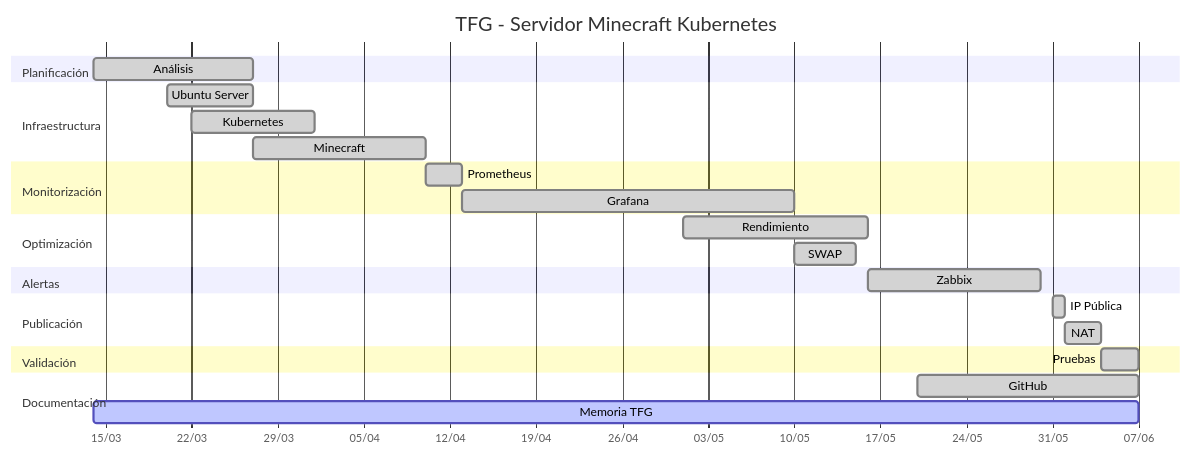
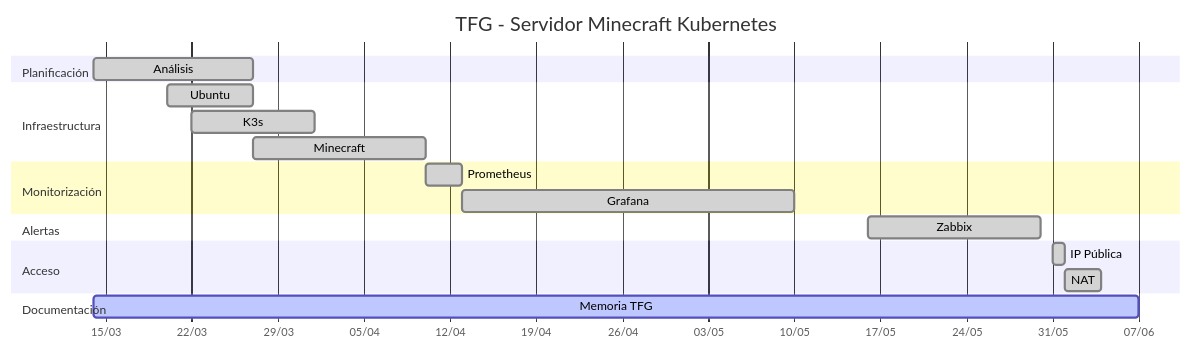
The diagram in diagrama gantt.md (pabnaviva/minecraft), drawn with Mermaid before and after one commit.

Commit message:
Update diagrama gantt.md

````diff
--- a/diagrama gantt.md
+++ b/diagrama gantt.md
@@ -1,36 +1,28 @@
 ```mermaid
 gantt
     title TFG - Servidor Minecraft Kubernetes
     dateFormat YYYY-MM-DD
     axisFormat %d/%m
 
     section Planificación
-    Análisis           :done, 2026-03-14, 13d
+    Análisis       :done, 2026-03-14, 13d
 
     section Infraestructura
-    Ubuntu Server      :done, 2026-03-20, 7d
-    Kubernetes         :done, 2026-03-22, 10d
-    Minecraft          :done, 2026-03-27, 14d
+    Ubuntu         :done, 2026-03-20, 7d
+    K3s            :done, 2026-03-22, 10d
+    Minecraft      :done, 2026-03-27, 14d
 
     section Monitorización
-    Prometheus         :done, 2026-04-10, 3d
-    Grafana            :done, 2026-04-13, 27d
-
-    section Optimización
-    Rendimiento        :done, 2026-05-01, 15d
-    SWAP               :done, 2026-05-10, 5d
+    Prometheus     :done, 2026-04-10, 3d
+    Grafana        :done, 2026-04-13, 27d
 
     section Alertas
-    Zabbix             :done, 2026-05-16, 14d
+    Zabbix         :done, 2026-05-16, 14d
 
-    section Publicación
-    IP Pública         :done, 2026-05-31, 1d
-    NAT                :done, 2026-06-01, 3d
-
-    section Validación
-    Pruebas            :done, 2026-06-04, 3d
+    section Acceso
+    IP Pública     :done, 2026-05-31, 1d
+    NAT            :done, 2026-06-01, 3d
 
     section Documentación
-    GitHub             :done, 2026-05-20, 18d
-    Memoria TFG        :active, 2026-03-14, 85d
+    Memoria TFG    :active, 2026-03-14, 85d
 ```
````
